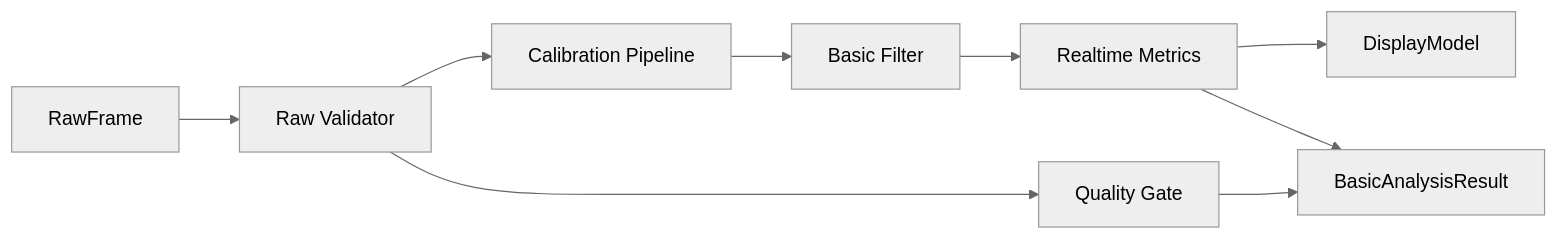
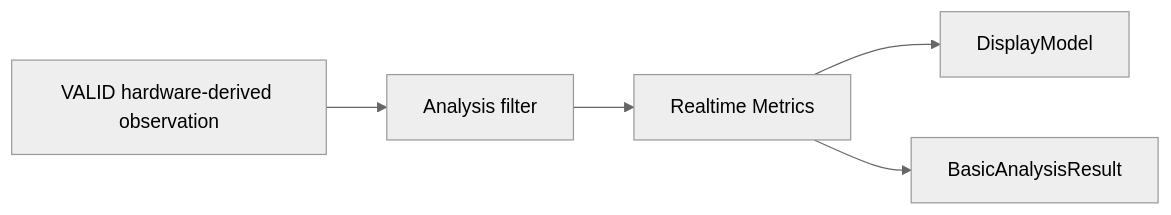
One commit to RGu0/feet-force-plate changed the diagram in docs/modules/04-local-analysis.md. Above: the diagram before and after it, drawn with Mermaid (neutral theme). The commit also changed other lines of this file and 25 other files, not shown here.

````diff
--- a/docs/modules/04-local-analysis.md
+++ b/docs/modules/04-local-analysis.md
@@ -25,11 +23,7 @@
 ```mermaid
 flowchart LR
-    RAW["RawFrame"] --> VALIDATE["Raw Validator"]
-    VALIDATE --> CAL["Calibration Pipeline"]
-    CAL --> FILTER["Basic Filter"]
+    INPUT["VALID hardware-derived observation"] --> FILTER["Analysis filter"]
     FILTER --> METRIC["Realtime Metrics"]
     METRIC --> DISPLAY["DisplayModel"]
     METRIC --> BASIC["BasicAnalysisResult"]
-    VALIDATE --> QUALITY["Quality Gate"]
-    QUALITY --> BASIC
 ```
````
